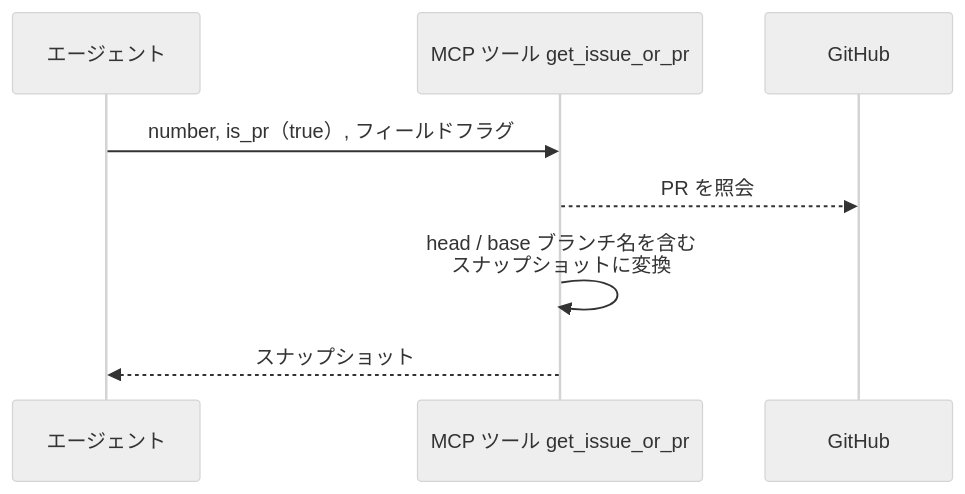
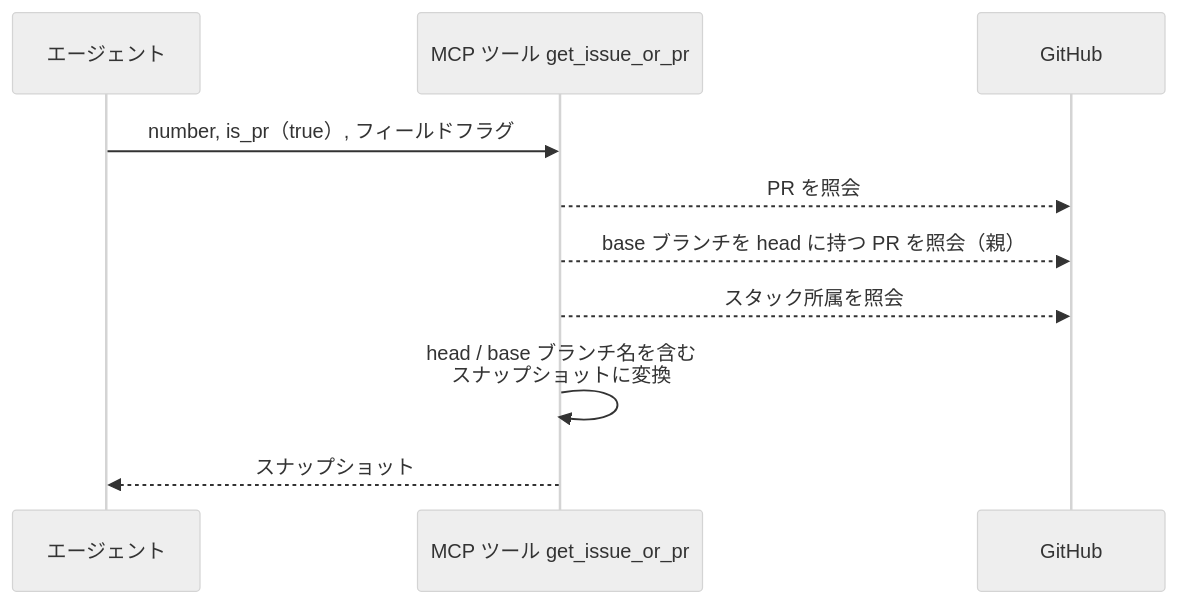
The second of 3 diagrams in docs/wiki/設計図/インターフェース定義/バックエンド/Issue・PR情報取得.py.md (shuhei1101/ai-monitor), drawn with Mermaid (neutral theme) before and after one commit. The commit also changed other lines of this file and 256 other files, not shown here.

````diff
--- a/docs/wiki/設計図/インターフェース定義/バックエンド/Issue・PR情報取得.py.md
+++ b/docs/wiki/設計図/インターフェース定義/バックエンド/Issue・PR情報取得.py.md
@@ -156,11 +157,13 @@
 ```mermaid
 sequenceDiagram
   participant A as エージェント
   participant T as MCP ツール get_issue_or_pr
   participant GH as GitHub
 
   A->>T: number, is_pr（true）, フィールドフラグ
   T-->>GH: PR を照会
+  T-->>GH: base ブランチを head に持つ PR を照会（親）
+  T-->>GH: スタック所属を照会
   T->>T: head / base ブランチ名を含む<br>スナップショットに変換
   T-->>A: スナップショット
 ```
````
